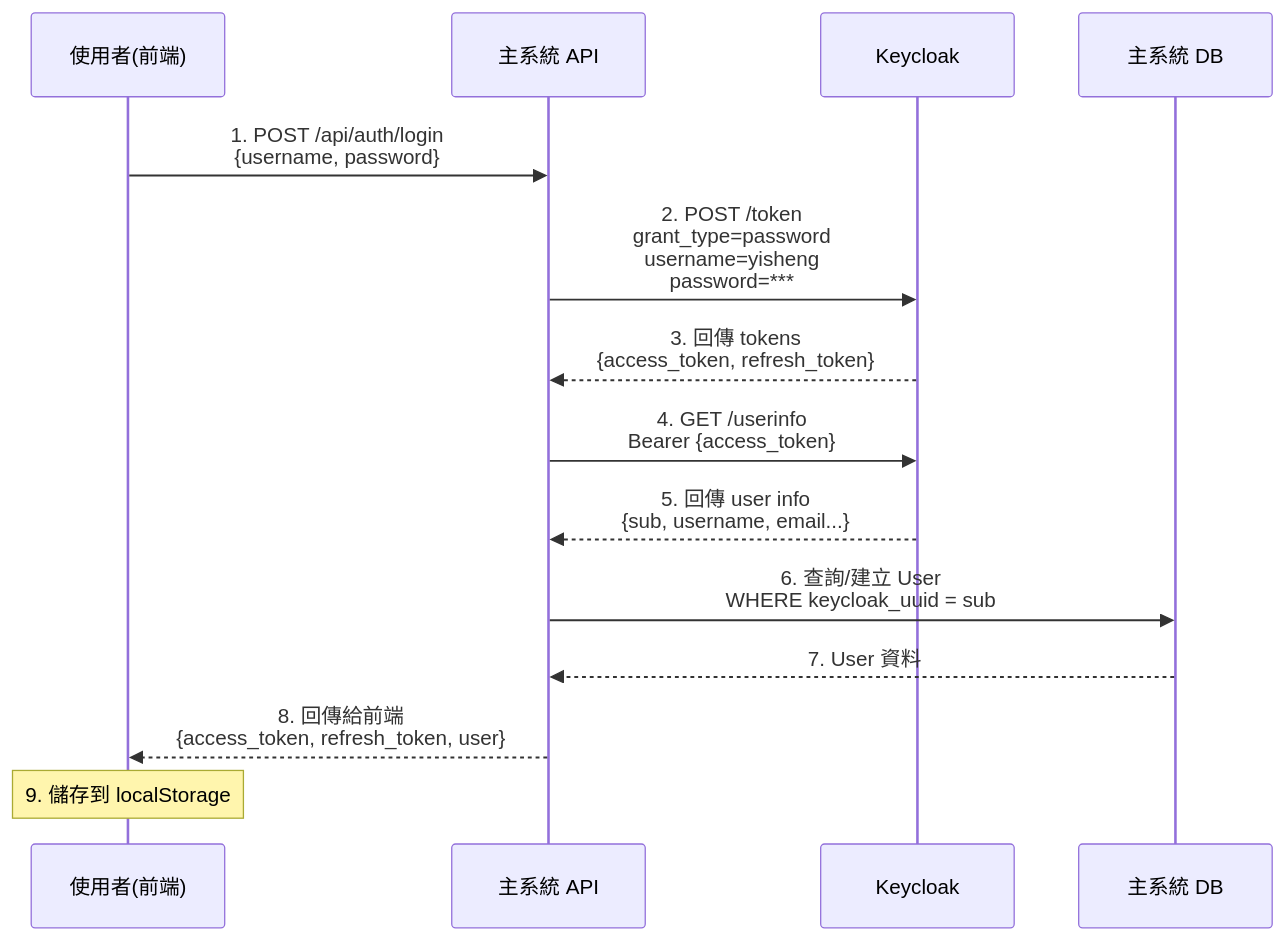
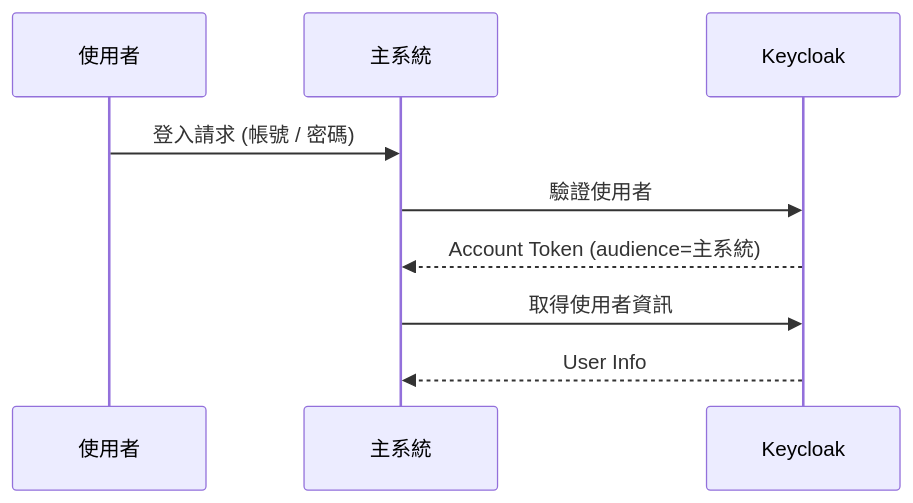
One commit to WangPochard/KeycloakSSO changed the first of 4 diagrams in README.md. Above: the diagram before and after it, drawn with Mermaid. The commit also changed other lines of this file and 17 other files, not shown here.

````diff
--- a/README.md
+++ b/README.md
@@ -366,17 +116,12 @@
 ```mermaid
 sequenceDiagram
-    participant U as 使用者(前端)
-    participant M as 主系統 API
+    participant U as 使用者
+    participant M as 主系統
     participant K as Keycloak
-    participant DB as 主系統 DB
 
-    U->>M: 1. POST /api/auth/login<br/>{username, password}
-    M->>K: 2. POST /token<br/>grant_type=password<br/>username=yisheng<br/>password=***
-    K-->>M: 3. 回傳 tokens<br/>{access_token, refresh_token}
-    M->>K: 4. GET /userinfo<br/>Bearer {access_token}
-    K-->>M: 5. 回傳 user info<br/>{sub, username, email...}
-    M->>DB: 6. 查詢/建立 User<br/>WHERE keycloak_uuid = sub
-    DB-->>M: 7. User 資料
-    M-->>U: 8. 回傳給前端<br/>{access_token, refresh_token, user}
-    Note over U: 9. 儲存到 localStorage
+    U->>M: 登入請求 (帳號 / 密碼)
+    M->>K: 驗證使用者
+    K-->>M: Account Token (audience=主系統)
+    M->>K: 取得使用者資訊
+    K-->>M: User Info
 ```
````
